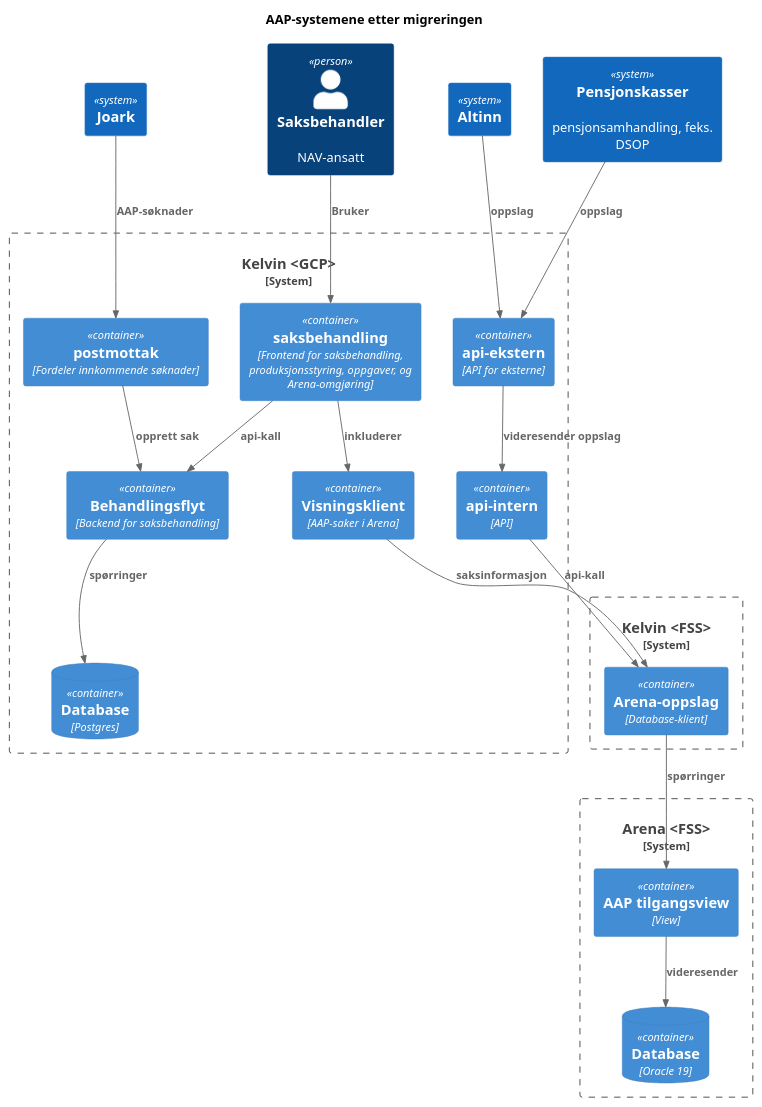
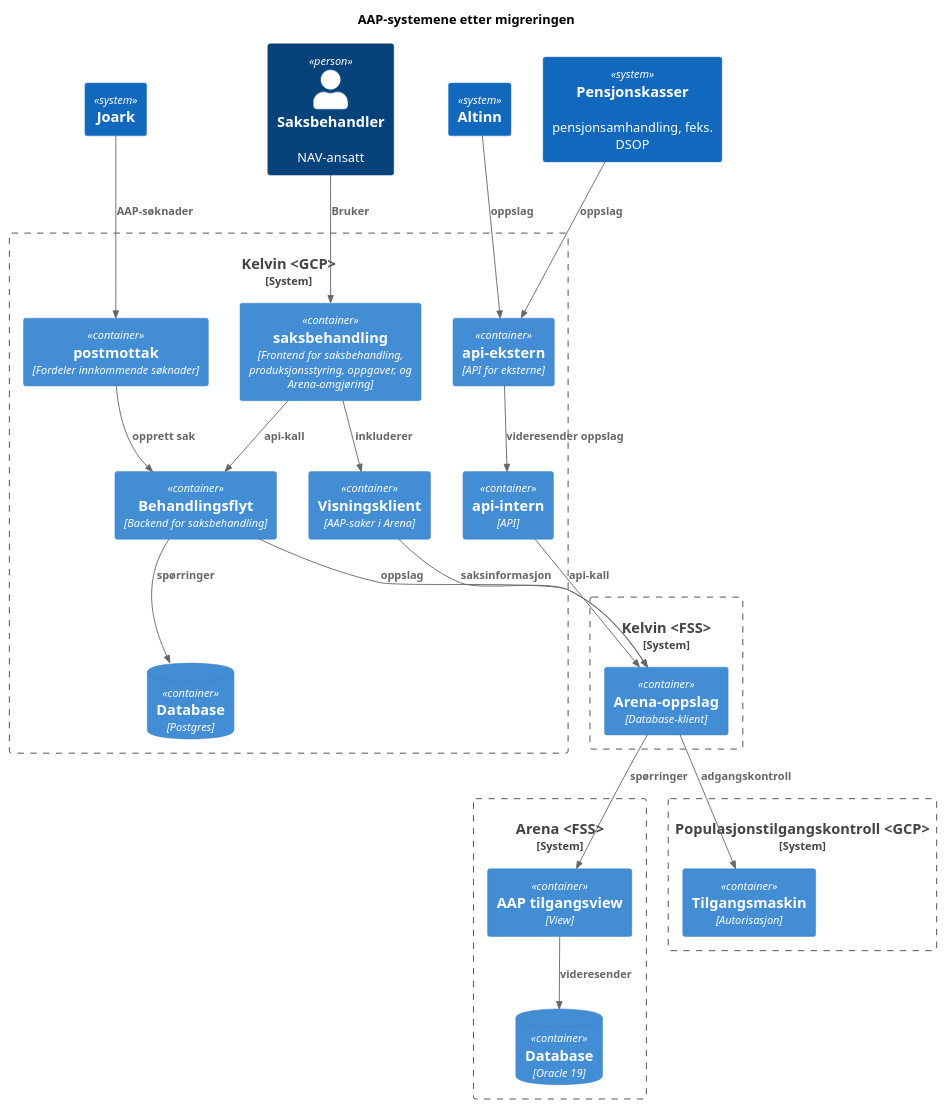
Before and after one commit to navikt/aap-arenaoppslag: the diagram in docs/component_overview_after.plantuml, drawn with PlantUML.

Commit message:
Oppdater diagram til å vise knytningen Kelvin -> arenaoppslag og arenaoppslag -> tilgangsmaskin

```diff
--- a/docs/component_overview_after.plantuml
+++ b/docs/component_overview_after.plantuml
@@ -1,52 +1,59 @@
 @startuml
 !include https://raw.githubusercontent.com/plantuml-stdlib/C4-PlantUML/master/C4_Container.puml
 title AAP-systemene etter migreringen
 
 System(joark, "Joark")
 System(altinn, "Altinn")
 System(pensjonkasser, "Pensjonskasser", "pensjonsamhandling, feks. DSOP")
 Person(saksbehandler, "Saksbehandler", "NAV-ansatt")
 
 System_Boundary(kelvin, "Kelvin <GCP>") {
     Container(postmottak, "postmottak", "Fordeler innkommende søknader")
     Container(saksbehandling_kelvin, "saksbehandling", "Frontend for saksbehandling, produksjonsstyring, oppgaver, og Arena-omgjøring")
     Container(behandlingsflyt, "Behandlingsflyt", "Backend for saksbehandling")
     Container(api_intern, "api-intern", "API")
     Container(api_ekstern, "api-ekstern", "API for eksterne")
     ContainerDb(kelvin_db, "Database", "Postgres")
 
     Container(visningsklient, "Visningsklient", "AAP-saker i Arena")
 
     Rel(api_ekstern, api_intern, "videresender oppslag")
     Rel(saksbehandling_kelvin, behandlingsflyt, "api-kall")
     Rel(behandlingsflyt, kelvin_db, "spørringer")
+
     Rel(postmottak, behandlingsflyt, "opprett sak")
 }
 
 System_Boundary(arena, "Arena <FSS>") {
     ContainerDb(arena_db, "Database", "Oracle 19")
     Container(aap_tilgangsview, "AAP tilgangsview", "View")
     Rel(aap_tilgangsview, arena_db, "videresender")
 }
 
 System_Boundary(kelvin_fss, "Kelvin <FSS>") {
     Container(arena_oppslag, "Arena-oppslag", "Database-klient")
 
+
     Rel(arena_oppslag, aap_tilgangsview, "spørringer")
 
     Rel(api_intern, arena_oppslag, "api-kall")
+}
+
+System_Boundary(tilgangsmaskin_gcp, "Populasjonstilgangskontroll <GCP>") {
+    Container(tilgangsmaskin, "Tilgangsmaskin", "Autorisasjon")
+    Rel(arena_oppslag, tilgangsmaskin, "adgangskontroll")
 }
 
 Rel(pensjonkasser, api_ekstern, "oppslag")
 Rel(joark, postmottak, "AAP-søknader")
 Rel(altinn, api_ekstern, "oppslag")
 
 Rel(visningsklient, arena_oppslag, "saksinformasjon")
-
+Rel(behandlingsflyt, arena_oppslag, "oppslag")
 
 Rel(saksbehandler, saksbehandling_kelvin, "Bruker")
 Rel(saksbehandling_kelvin, visningsklient, "inkluderer")
 
 Lay_L(postmottak, saksbehandling_kelvin)
 Lay_U(kelvin_db, behandlingsflyt)
 @enduml
```
